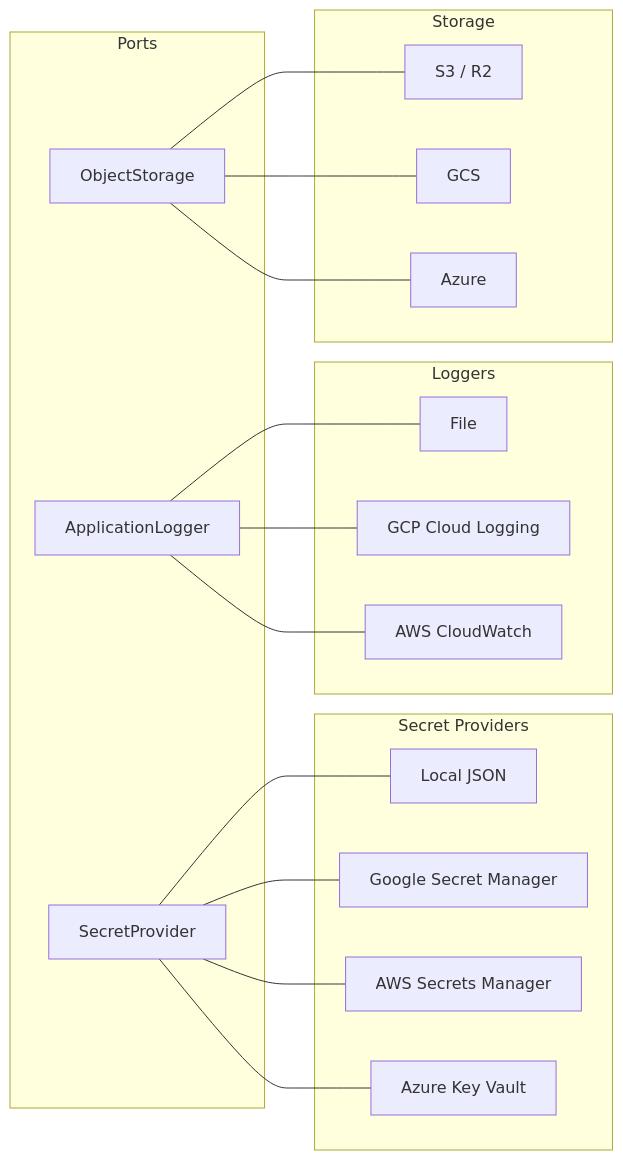
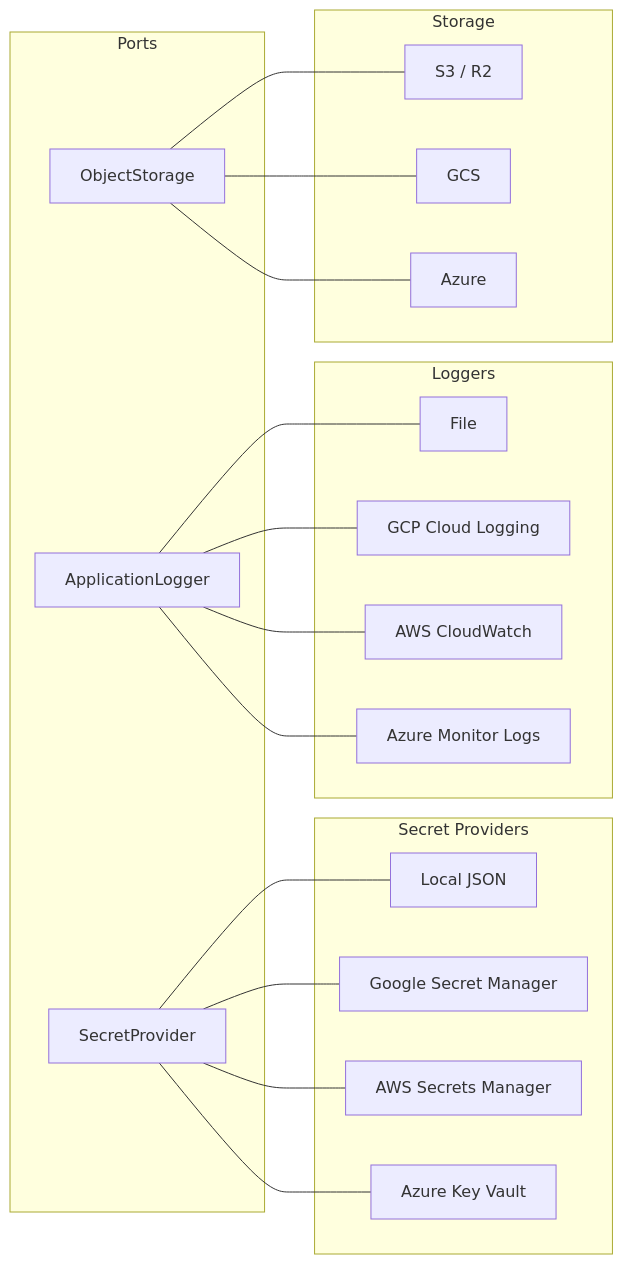
One commit to nauticana/keel changed the second of 12 diagrams in README.md. Above: the diagram before and after it, drawn with Mermaid. The commit also changed other lines of this file and 5 other files, not shown here.

````diff
--- a/README.md
+++ b/README.md
@@ -1327,38 +1327,40 @@
 ```mermaid
 graph LR
     subgraph Ports
         SP[SecretProvider]
         LOG[ApplicationLogger]
         STORE[ObjectStorage]
     end
 
     subgraph "Secret Providers"
         SL[Local JSON]
         SG[Google Secret Manager]
         SA[AWS Secrets Manager]
         SAZ[Azure Key Vault]
     end
 
     subgraph Loggers
         LF[File]
         LG[GCP Cloud Logging]
         LA[AWS CloudWatch]
+        LAZ[Azure Monitor Logs]
     end
 
     subgraph Storage
         S3[S3 / R2]
         GCS
         Azure
     end
 
     SP --- SL
     SP --- SG
     SP --- SA
     SP --- SAZ
     LOG --- LF
     LOG --- LG
     LOG --- LA
+    LOG --- LAZ
     STORE --- S3
     STORE --- GCS
     STORE --- Azure
 ```
````
